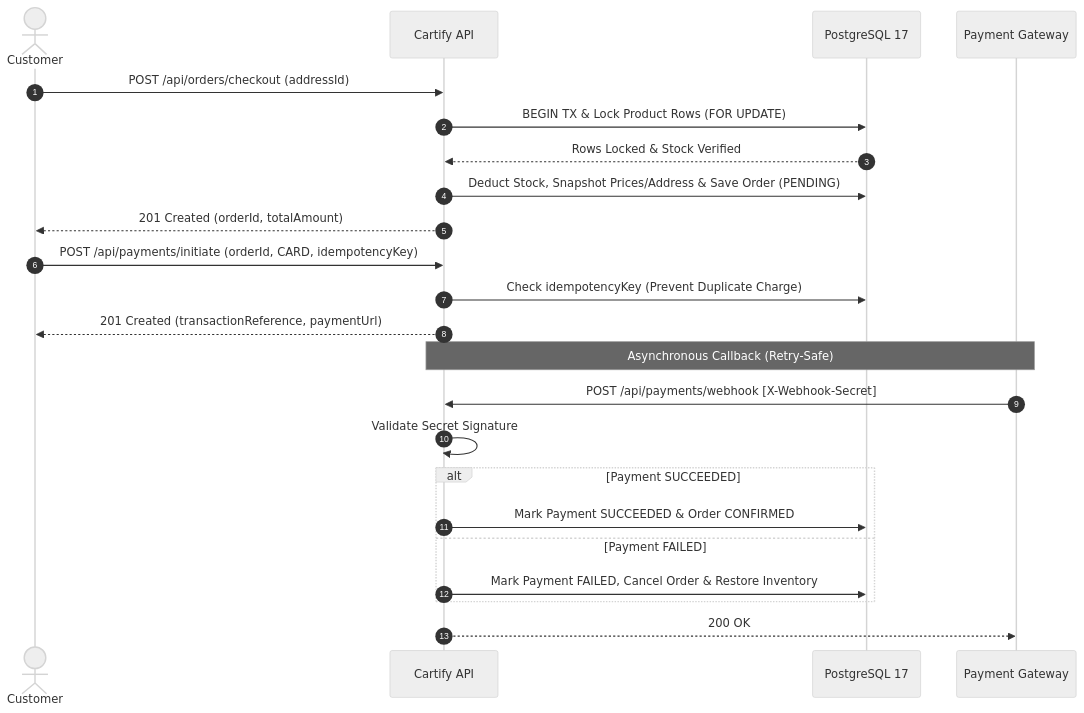
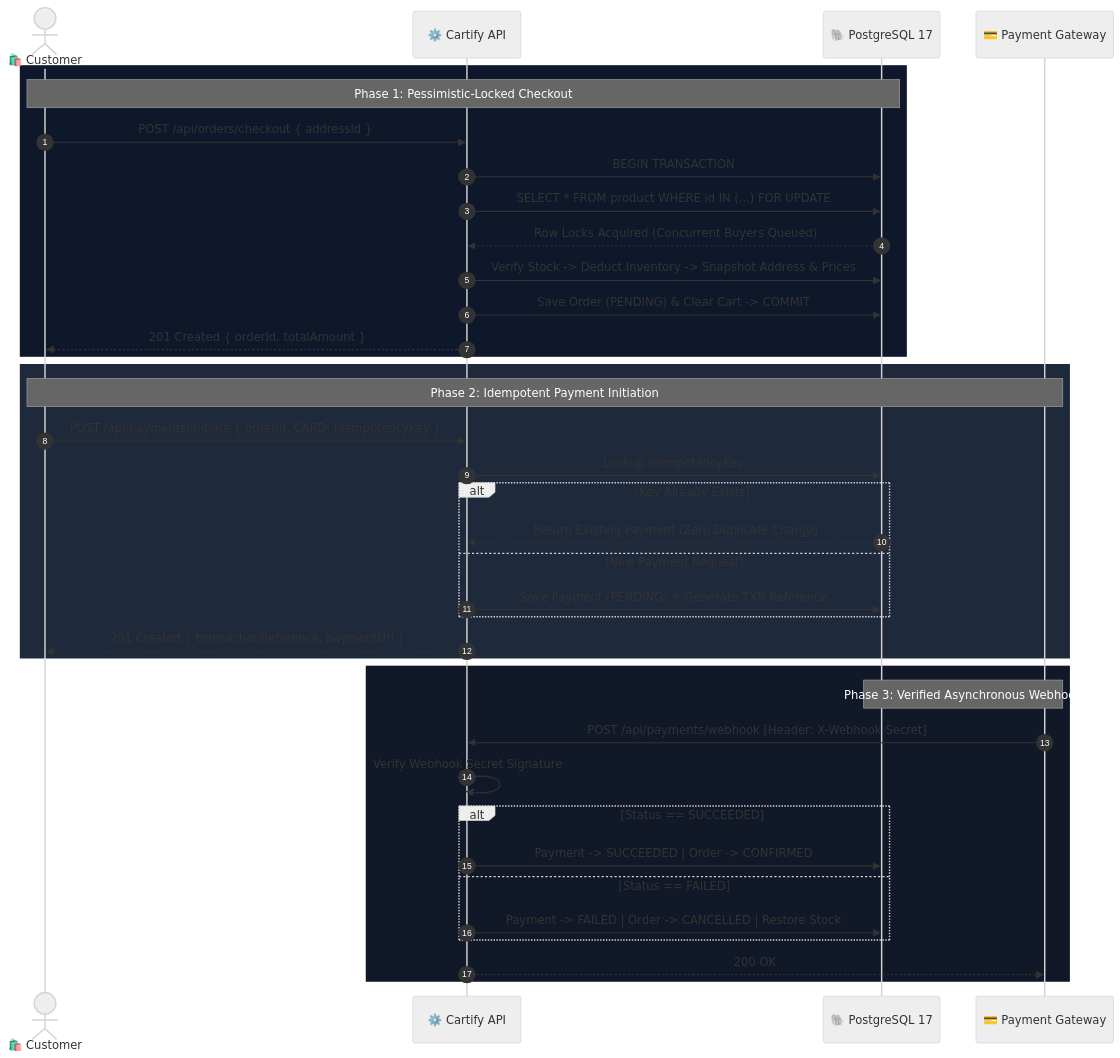
One commit to AK-Elshamy/cartify-ecommerce-backend changed the third of 3 diagrams in README.md. Above: the diagram before and after it, drawn with Mermaid (neutral theme). The commit also changed other lines of this file, not shown here.

````diff
--- a/README.md
+++ b/README.md
@@ -95,25 +179,43 @@
 ```mermaid
 sequenceDiagram
     autonumber
-    actor Customer
-    participant API as Cartify API
-    participant DB as PostgreSQL 17
-    participant Gateway as Payment Gateway
-    Customer ->> API: POST /api/orders/checkout (addressId)
-    API ->> DB: BEGIN TX & Lock Product Rows (FOR UPDATE)
-    DB -->> API: Rows Locked & Stock Verified
-    API ->> DB: Deduct Stock, Snapshot Prices/Address & Save Order (PENDING)
-    API -->> Customer: 201 Created (orderId, totalAmount)
-    Customer ->> API: POST /api/payments/initiate (orderId, CARD, idempotencyKey)
-    API ->> DB: Check idempotencyKey (Prevent Duplicate Charge)
-    API -->> Customer: 201 Created (transactionReference, paymentUrl)
-    Note over Gateway, API: Asynchronous Callback (Retry-Safe)
-    Gateway ->> API: POST /api/payments/webhook [X-Webhook-Secret]
-    API ->> API: Validate Secret Signature
-    alt Payment SUCCEEDED
-        API ->> DB: Mark Payment SUCCEEDED & Order CONFIRMED
-    else Payment FAILED
-        API ->> DB: Mark Payment FAILED, Cancel Order & Restore Inventory
+    actor Buyer as 🛍️ Customer
+    participant API as ⚙️ Cartify API
+    participant DB as 🐘 PostgreSQL 17
+    participant PSP as 💳 Payment Gateway
+
+    rect rgb(15, 23, 42)
+        Note over Buyer, DB: Phase 1: Pessimistic-Locked Checkout
+        Buyer ->> API: POST /api/orders/checkout { addressId }
+        API ->> DB: BEGIN TRANSACTION
+        API ->> DB: SELECT * FROM product WHERE id IN (...) FOR UPDATE
+        DB -->> API: Row Locks Acquired (Concurrent Buyers Queued)
+        API ->> DB: Verify Stock -> Deduct Inventory -> Snapshot Address & Prices
+        API ->> DB: Save Order (PENDING) & Clear Cart -> COMMIT
+        API -->> Buyer: 201 Created { orderId, totalAmount }
     end
-    API -->> Gateway: 200 OK
+
+    rect rgb(30, 41, 59)
+        Note over Buyer, PSP: Phase 2: Idempotent Payment Initiation
+        Buyer ->> API: POST /api/payments/initiate { orderId, CARD, idempotencyKey }
+        API ->> DB: Lookup idempotencyKey
+        alt Key Already Exists
+            DB -->> API: Return Existing Payment (Zero Duplicate Charge)
+        else New Payment Request
+            API ->> DB: Save Payment (PENDING) + Generate TXN Reference
+        end
+        API -->> Buyer: 201 Created { transactionReference, paymentUrl }
+    end
+
+    rect rgb(17, 24, 39)
+        Note over PSP, DB: Phase 3: Verified Asynchronous Webhook
+        PSP ->> API: POST /api/payments/webhook [Header: X-Webhook-Secret]
+        API ->> API: Verify Webhook Secret Signature
+        alt Status == SUCCEEDED
+            API ->> DB: Payment -> SUCCEEDED | Order -> CONFIRMED
+        else Status == FAILED
+            API ->> DB: Payment -> FAILED | Order -> CANCELLED | Restore Stock
+        end
+        API -->> PSP: 200 OK
+    end
 ```
````
